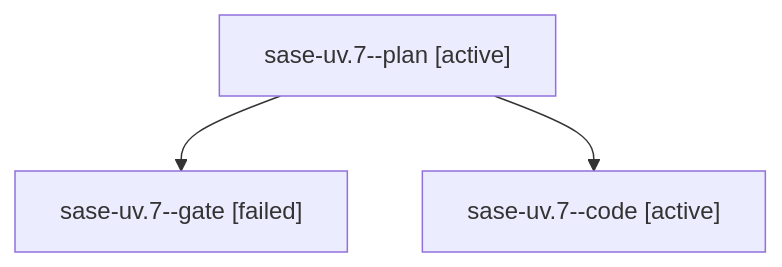
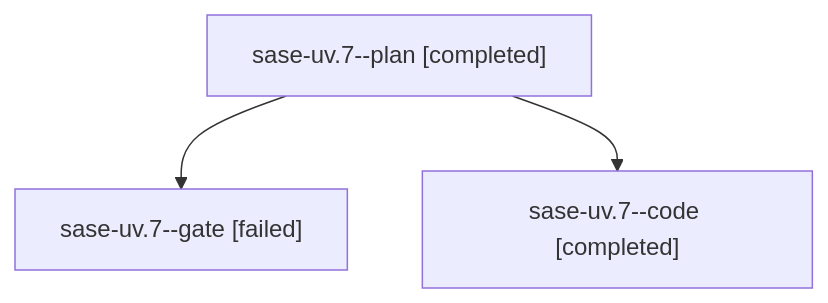
The diagram in families/bbugyi200.athena.sase-uv.7.md (sase-org/sase--agents), drawn with Mermaid before and after one commit. The commit also changed other lines of this file and 49 other files, not shown here.

````diff
--- a/families/bbugyi200.athena.sase-uv.7.md
+++ b/families/bbugyi200.athena.sase-uv.7.md
@@ -9,8 +9,8 @@
 ```mermaid
 flowchart TD
-  n0["sase-uv.7--plan [active]"]
+  n0["sase-uv.7--plan [completed]"]
   n1["sase-uv.7--gate [failed]"]
   n0 --> n1
-  n2["sase-uv.7--code [active]"]
+  n2["sase-uv.7--code [completed]"]
   n0 --> n2
 ```
````
